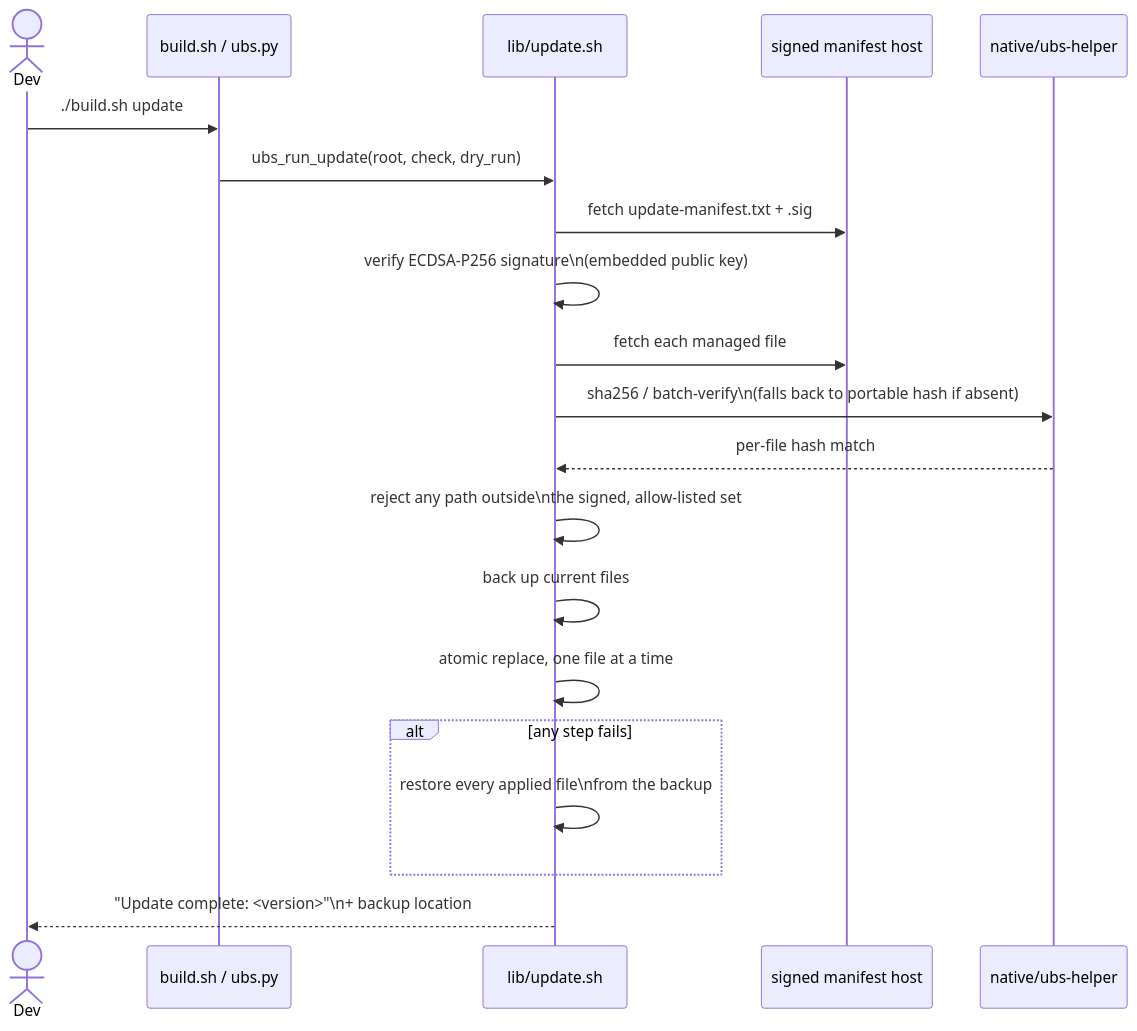
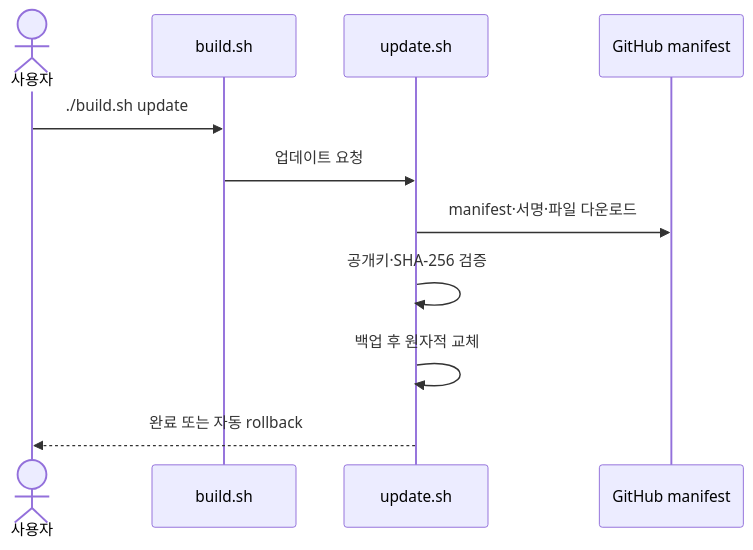
The third of 3 diagrams in README.md (ubs-Paltform/ubs), drawn with Mermaid before and after one commit. The commit also changed other lines of this file and 2 other files, not shown here.

````diff
--- a/README.md
+++ b/README.md
@@ -307,23 +226,13 @@
 ```mermaid
 sequenceDiagram
-    actor Dev
-    participant CLI as build.sh / ubs.py
-    participant Update as lib/update.sh
-    participant Remote as signed manifest host
-    participant Helper as native/ubs-helper
-
-    Dev->>CLI: ./build.sh update
-    CLI->>Update: ubs_run_update(root, check, dry_run)
-    Update->>Remote: fetch update-manifest.txt + .sig
-    Update->>Update: verify ECDSA-P256 signature\n(embedded public key)
-    Update->>Remote: fetch each managed file
-    Update->>Helper: sha256 / batch-verify\n(falls back to portable hash if absent)
-    Helper-->>Update: per-file hash match
-    Update->>Update: reject any path outside\nthe signed, allow-listed set
-    Update->>Update: back up current files
-    Update->>Update: atomic replace, one file at a time
-    alt any step fails
-        Update->>Update: restore every applied file\nfrom the backup
-    end
-    Update-->>Dev: "Update complete: <version>"\n+ backup location
+    actor User as 사용자
+    participant CLI as build.sh
+    participant Update as update.sh
+    participant Remote as GitHub manifest
+    User->>CLI: ./build.sh update
+    CLI->>Update: 업데이트 요청
+    Update->>Remote: manifest·서명·파일 다운로드
+    Update->>Update: 공개키·SHA-256 검증
+    Update->>Update: 백업 후 원자적 교체
+    Update-->>User: 완료 또는 자동 rollback
 ```
````
